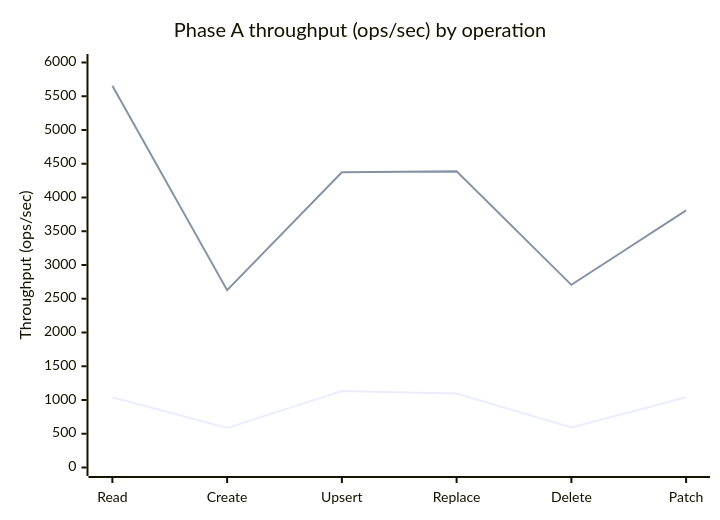
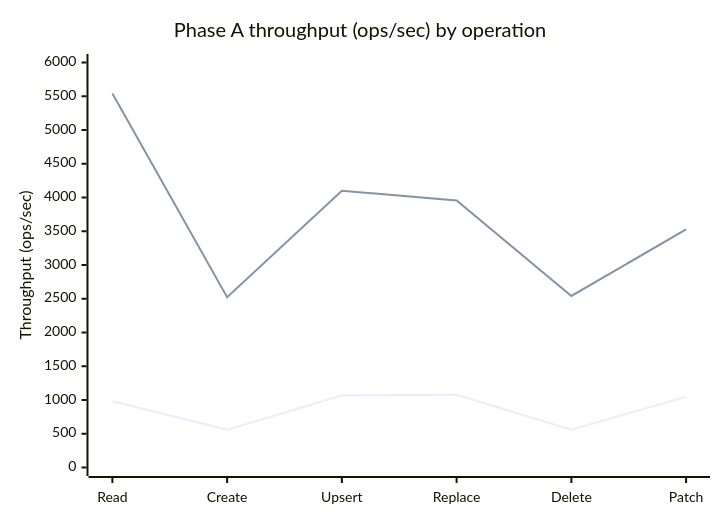
One commit to Azure/azure-sdk-for-python changed the third of 7 diagrams in sdk/cosmos/azure-cosmos/docs/rust-vs-python-perf-drill.md. Above: the diagram before and after it, drawn with Mermaid. The commit also changed other lines of this file and 14 other files, not shown here.

````diff
--- a/sdk/cosmos/azure-cosmos/docs/rust-vs-python-perf-drill.md
+++ b/sdk/cosmos/azure-cosmos/docs/rust-vs-python-perf-drill.md
@@ -412,8 +174,8 @@
 ```mermaid
 xychart-beta
     title "Phase A throughput (ops/sec) by operation"
     x-axis ["Read","Create","Upsert","Replace","Delete","Patch"]
     y-axis "Throughput (ops/sec)" 0 --> 6000
-    line "Core Python" [1041,584,1132,1096,593,1040]
-    line "Rust" [5655,2627,4374,4387,2706,3808]
+    line "Core Python" [982,560,1066,1077,560,1046]
+    line "Rust" [5542,2523,4099,3955,2542,3527]
 ```
````
